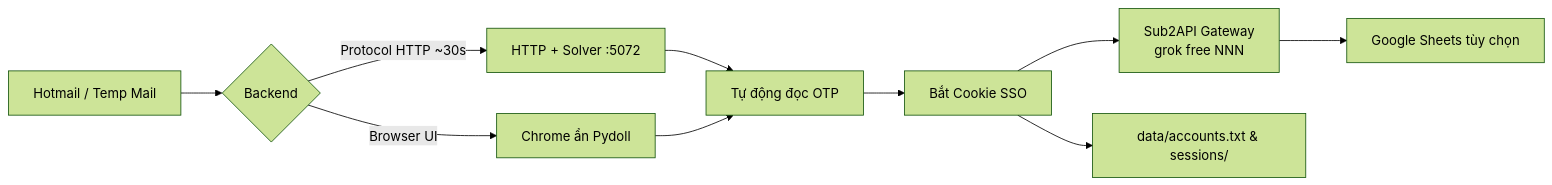
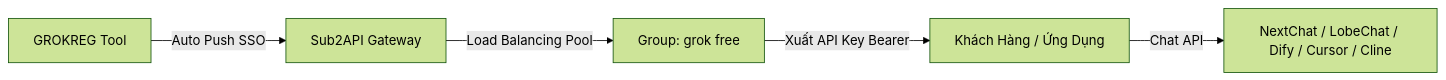
One commit to vanle1101/grokreg changed the second of 2 diagrams in README.md. Above: the diagram before and after it, drawn with Mermaid (forest theme). The commit also changed other lines of this file and 1 other file, not shown here.

Commit message:
docs: redesign README with modern enterprise UI, visual architecture, and complete guides

````diff
--- a/README.md
+++ b/README.md
@@ -38,12 +200,7 @@
 ```mermaid
 flowchart LR
-  A[Hotmail / Temp Mail] --> B{Backend}
-  B -->|Protocol HTTP ~30s| C[HTTP + Solver :5072]
-  B -->|Browser UI| D[Chrome ẩn Pydoll]
-  C --> E[Tự động đọc OTP]
-  D --> E
-  E --> F[Bắt Cookie SSO]
-  F --> G[Sub2API Gateway<br/>grok free NNN]
-  F --> H[data/accounts.txt & sessions/]
-  G --> I[Google Sheets tùy chọn]
+    A[GROKREG Tool] -->|Auto Push SSO| B[Sub2API Gateway]
+    B -->|Load Balancing Pool| C[Group: grok free]
+    C -->|Xuất API Key Bearer| D[Khách Hàng / Ứng Dụng]
+    D -->|Chat API| E["NextChat / LobeChat / Dify / Cursor / Cline"]
 ```
````
